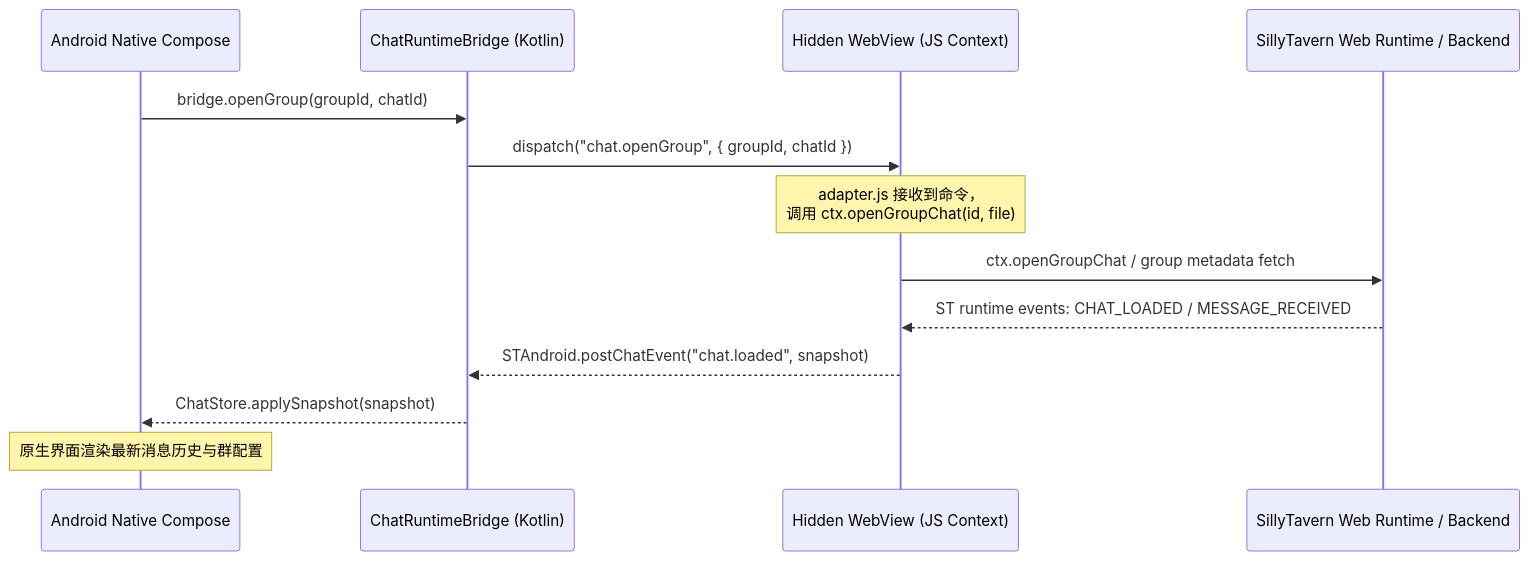
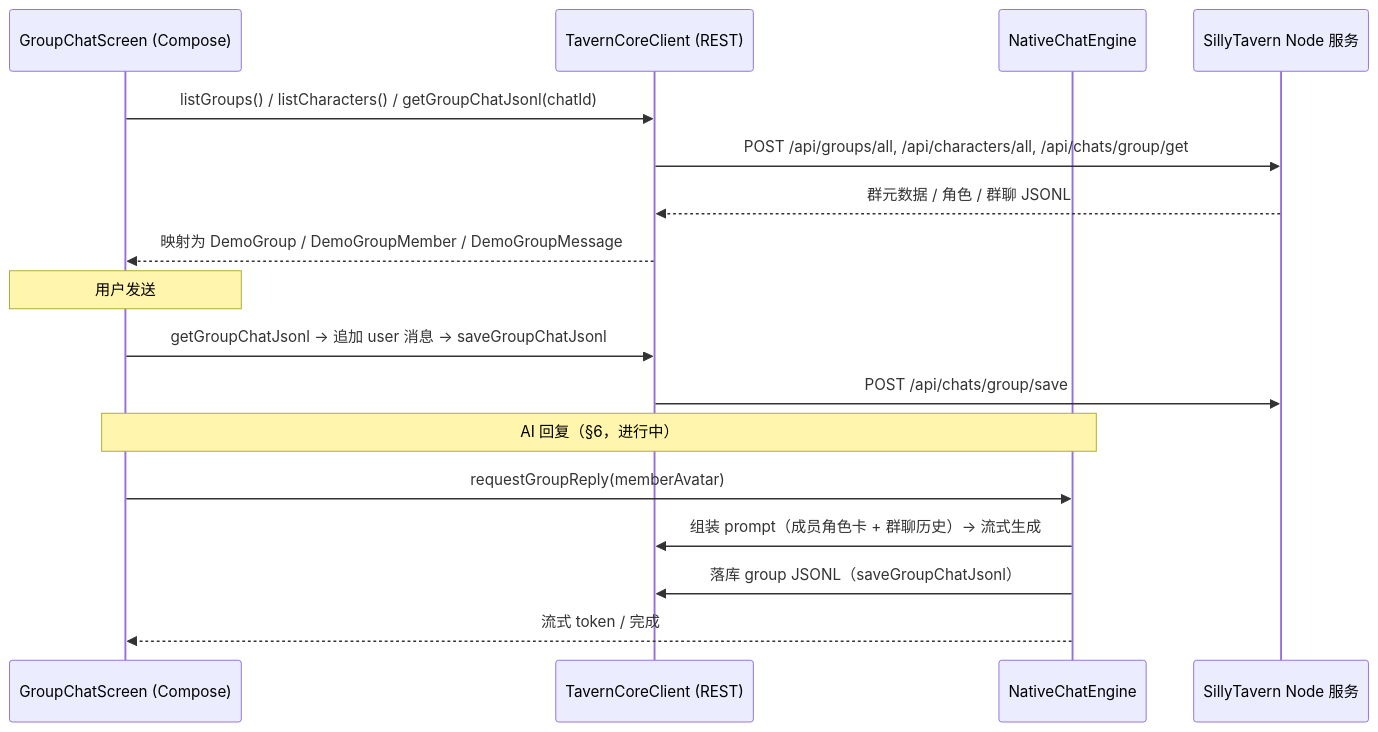
One commit to 5151561/ST-android-setting changed the diagram in docs/group_chat_migration_plan.md. Above: the diagram before and after it, drawn with Mermaid. The commit also changed other lines of this file and 4 other files, not shown here.

````diff
--- a/docs/group_chat_migration_plan.md
+++ b/docs/group_chat_migration_plan.md
@@ -26,16 +37,22 @@
 ```mermaid
 sequenceDiagram
-    participant App as Android Native Compose
-    participant Bridge as ChatRuntimeBridge (Kotlin)
-    participant WebView as Hidden WebView (JS Context)
-    participant Core as SillyTavern Web Runtime / Backend
-    
-    App->>Bridge: bridge.openGroup(groupId, chatId)
-    Bridge->>WebView: dispatch("chat.openGroup", { groupId, chatId })
-    Note over WebView: adapter.js 接收到命令，<br/>调用 ctx.openGroupChat(id, file)
-    WebView->>Core: ctx.openGroupChat / group metadata fetch
-    Core-->>WebView: ST runtime events: CHAT_LOADED / MESSAGE_RECEIVED
-    WebView-->>Bridge: STAndroid.postChatEvent("chat.loaded", snapshot)
-    Bridge-->>App: ChatStore.applySnapshot(snapshot)
-    Note over App: 原生界面渲染最新消息历史与群配置
+    participant UI as GroupChatScreen (Compose)
+    participant Client as TavernCoreClient (REST)
+    participant Engine as NativeChatEngine
+    participant ST as SillyTavern Node 服务
+
+    UI->>Client: listGroups() / listCharacters() / getGroupChatJsonl(chatId)
+    Client->>ST: POST /api/groups/all, /api/characters/all, /api/chats/group/get
+    ST-->>Client: 群元数据 / 角色 / 群聊 JSONL
+    Client-->>UI: 映射为 DemoGroup / DemoGroupMember / DemoGroupMessage
+
+    Note over UI: 用户发送
+    UI->>Client: getGroupChatJsonl → 追加 user 消息 → saveGroupChatJsonl
+    Client->>ST: POST /api/chats/group/save
+
+    Note over UI,Engine: AI 回复（§6，进行中）
+    UI->>Engine: requestGroupReply(memberAvatar)
+    Engine->>Client: 组装 prompt（成员角色卡 + 群聊历史）→ 流式生成
+    Engine->>Client: 落库 group JSONL（saveGroupChatJsonl）
+    Engine-->>UI: 流式 token / 完成
 ```
````
